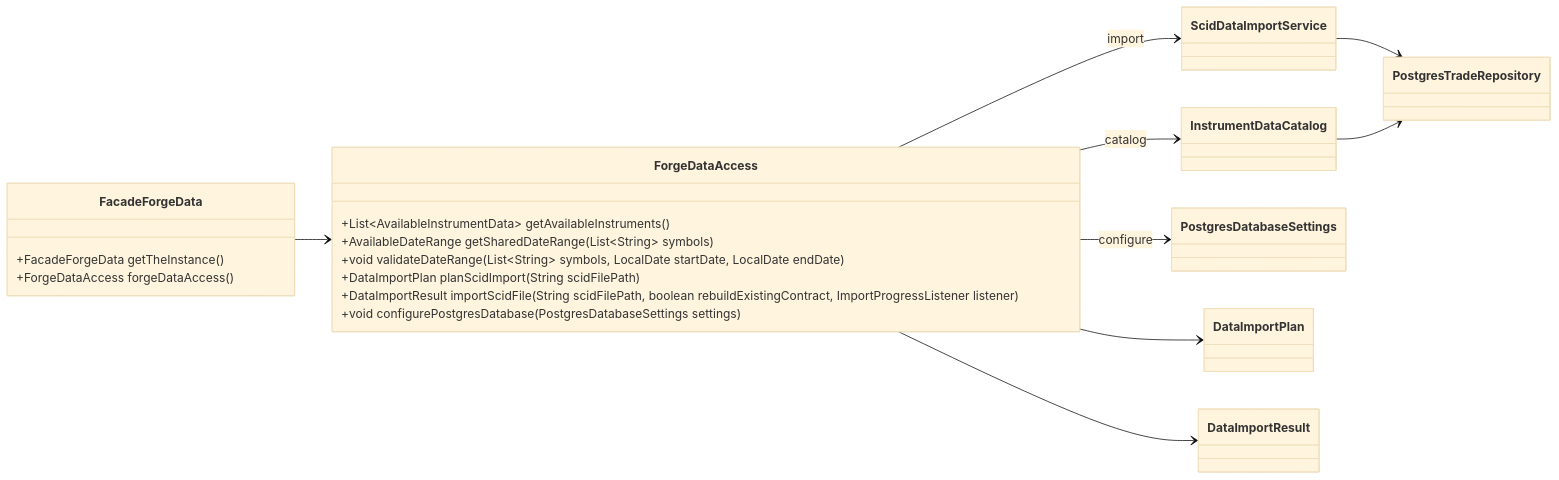
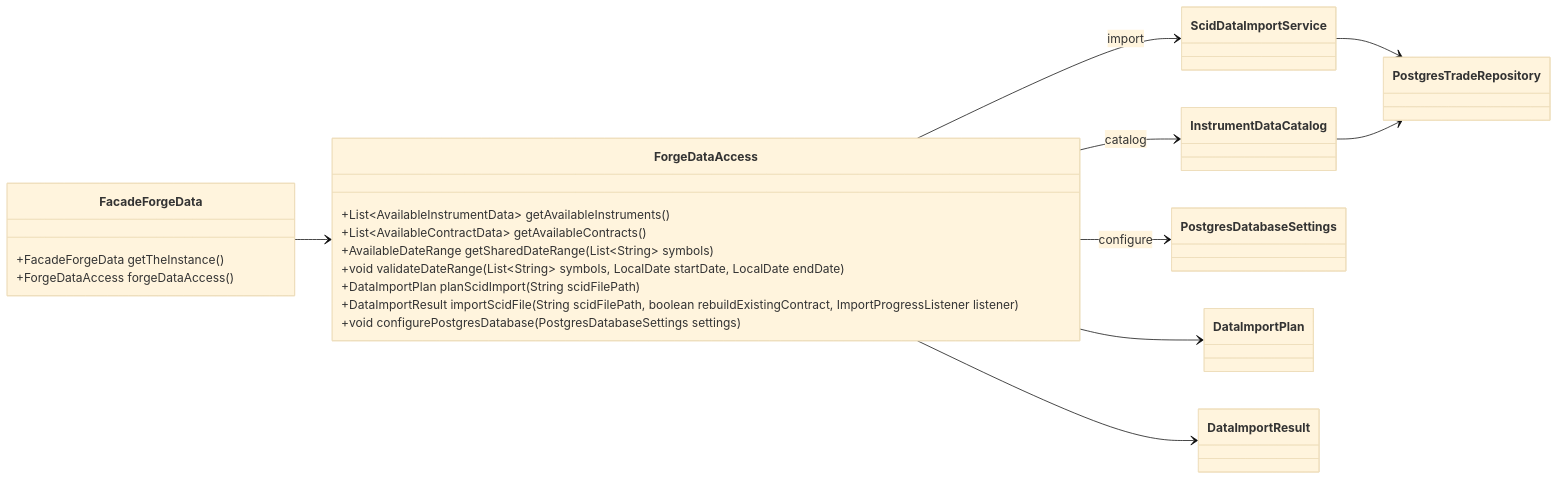
Before and after one commit to probst-paul/FORGE: the sixth of 19 diagrams in class-model.md, drawn with Mermaid (base theme). The commit also changed other lines of this file and 8 other files, not shown here.

````diff
--- a/class-model.md
+++ b/class-model.md
@@ -377,34 +377,35 @@
 ```mermaid
 classDiagram
     direction LR
 
     class FacadeForgeData {
         +FacadeForgeData getTheInstance()
         +ForgeDataAccess forgeDataAccess()
     }
 
     class ForgeDataAccess {
         +List~AvailableInstrumentData~ getAvailableInstruments()
+        +List~AvailableContractData~ getAvailableContracts()
         +AvailableDateRange getSharedDateRange(List~String~ symbols)
         +void validateDateRange(List~String~ symbols, LocalDate startDate, LocalDate endDate)
         +DataImportPlan planScidImport(String scidFilePath)
         +DataImportResult importScidFile(String scidFilePath, boolean rebuildExistingContract, ImportProgressListener listener)
         +void configurePostgresDatabase(PostgresDatabaseSettings settings)
     }
 
     class InstrumentDataCatalog
     class ScidDataImportService
     class PostgresTradeRepository
     class PostgresDatabaseSettings
     class DataImportPlan
     class DataImportResult
 
     FacadeForgeData --> ForgeDataAccess
     ForgeDataAccess --> InstrumentDataCatalog : catalog
     ForgeDataAccess --> ScidDataImportService : import
     ForgeDataAccess --> PostgresDatabaseSettings : configure
     ScidDataImportService --> PostgresTradeRepository
     InstrumentDataCatalog --> PostgresTradeRepository
     ForgeDataAccess --> DataImportPlan
     ForgeDataAccess --> DataImportResult
 ```
````
